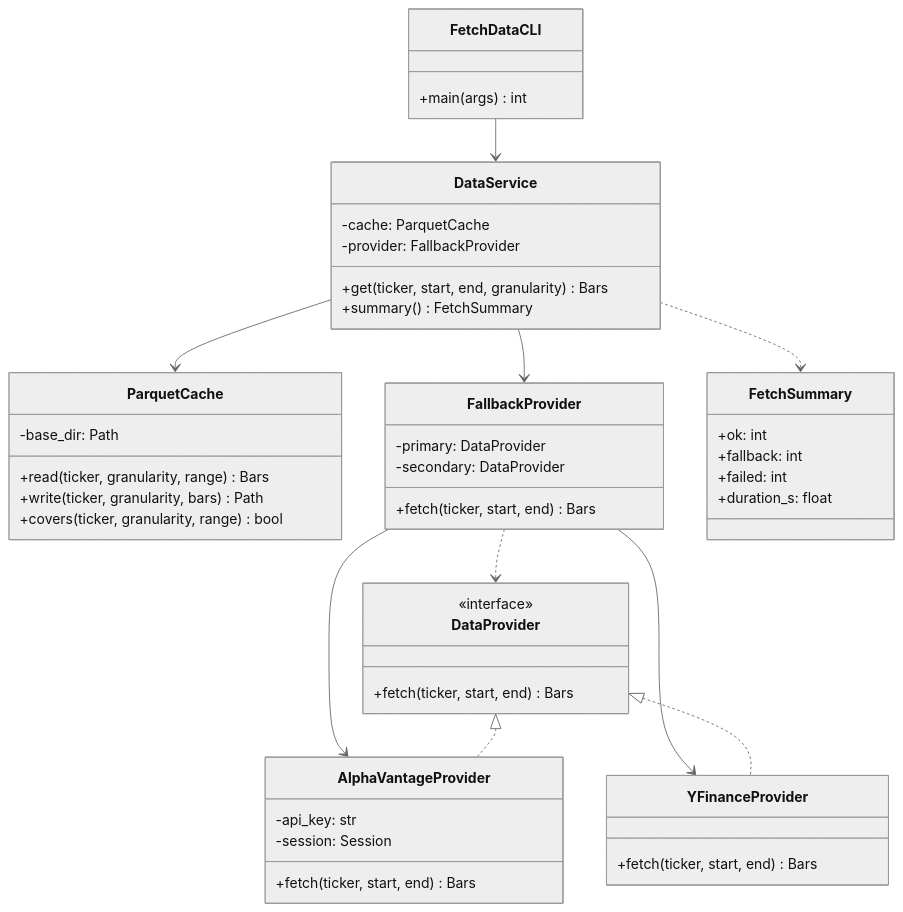
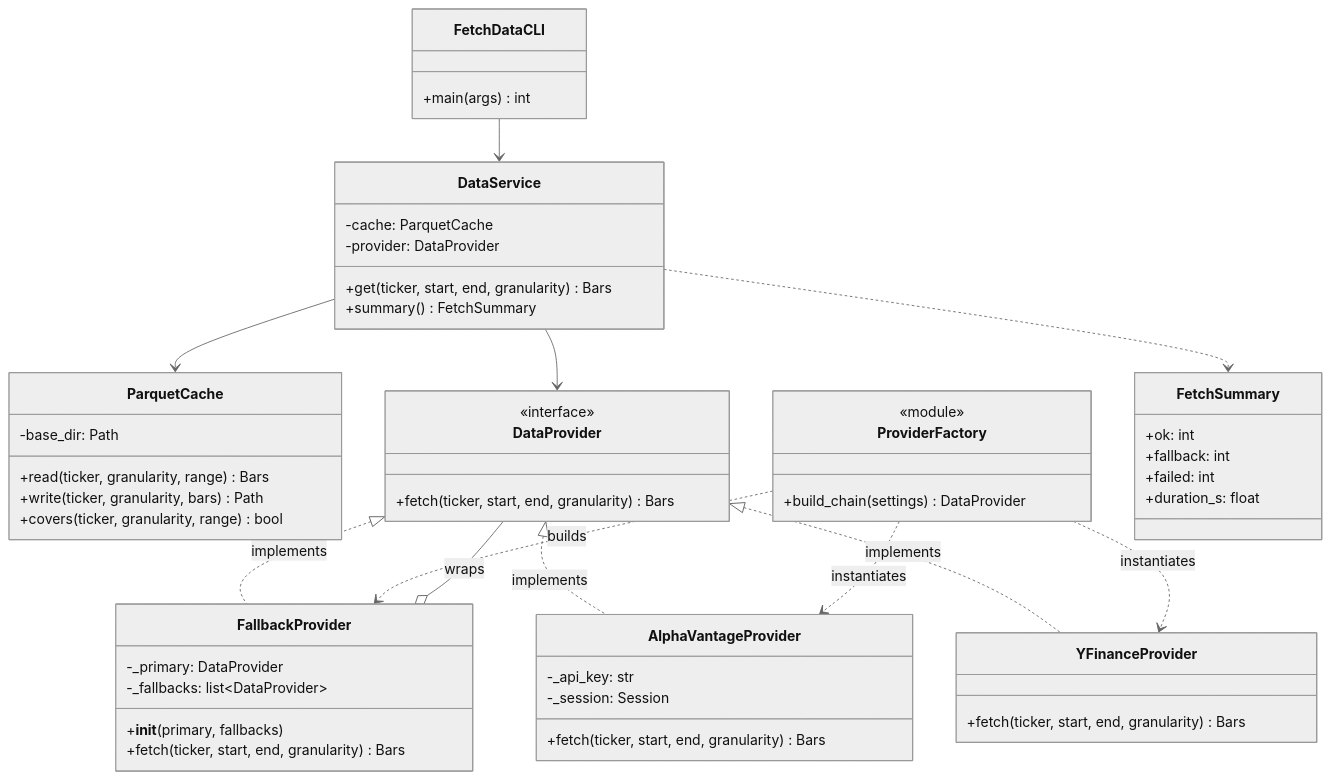
Before and after one commit to Tobi-B/quant_trader: the first of 4 diagrams in docs/uml/p1-data/data-provider.md, drawn with Mermaid (neutral theme). The commit also changed other lines of this file, not shown here.

First line of the commit message:
docs(p1): update data-provider diagram - decorator pattern + provider-setup

````diff
--- a/docs/uml/p1-data/data-provider.md
+++ b/docs/uml/p1-data/data-provider.md
@@ -23,51 +23,58 @@
 ```mermaid
 classDiagram
     class DataService {
         -cache: ParquetCache
-        -provider: FallbackProvider
+        -provider: DataProvider
         +get(ticker, start, end, granularity) Bars
         +summary() FetchSummary
     }
     class ParquetCache {
         -base_dir: Path
         +read(ticker, granularity, range) Bars
         +write(ticker, granularity, bars) Path
         +covers(ticker, granularity, range) bool
     }
-    class FallbackProvider {
-        -primary: DataProvider
-        -secondary: DataProvider
-        +fetch(ticker, start, end) Bars
-    }
     class DataProvider {
         <<interface>>
-        +fetch(ticker, start, end) Bars
+        +fetch(ticker, start, end, granularity) Bars
+    }
+    class FallbackProvider {
+        -_primary: DataProvider
+        -_fallbacks: list~DataProvider~
+        +__init__(primary, fallbacks)
+        +fetch(ticker, start, end, granularity) Bars
     }
     class AlphaVantageProvider {
-        -api_key: str
-        -session: Session
-        +fetch(ticker, start, end) Bars
+        -_api_key: str
+        -_session: Session
+        +fetch(ticker, start, end, granularity) Bars
     }
     class YFinanceProvider {
-        +fetch(ticker, start, end) Bars
+        +fetch(ticker, start, end, granularity) Bars
+    }
+    class ProviderFactory {
+        <<module>>
+        +build_chain(settings) DataProvider
     }
     class FetchDataCLI {
         +main(args) int
     }
     class FetchSummary {
         +ok: int
         +fallback: int
         +failed: int
         +duration_s: float
     }
 
     FetchDataCLI --> DataService
     DataService --> ParquetCache
-    DataService --> FallbackProvider
-    FallbackProvider --> AlphaVantageProvider
-    FallbackProvider --> YFinanceProvider
-    DataProvider <|.. AlphaVantageProvider
-    DataProvider <|.. YFinanceProvider
-    FallbackProvider ..> DataProvider
+    DataService --> DataProvider
+    FallbackProvider o-- DataProvider : wraps
+    DataProvider <|.. FallbackProvider : implements
+    DataProvider <|.. AlphaVantageProvider : implements
+    DataProvider <|.. YFinanceProvider : implements
+    ProviderFactory ..> FallbackProvider : builds
+    ProviderFactory ..> AlphaVantageProvider : instantiates
+    ProviderFactory ..> YFinanceProvider : instantiates
     DataService ..> FetchSummary
 ```
````
